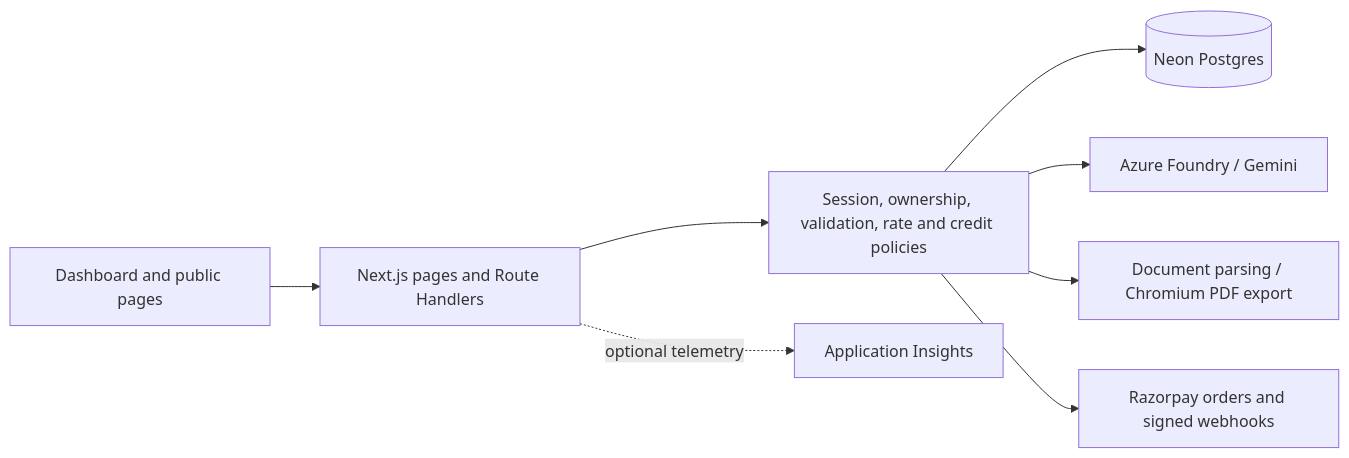
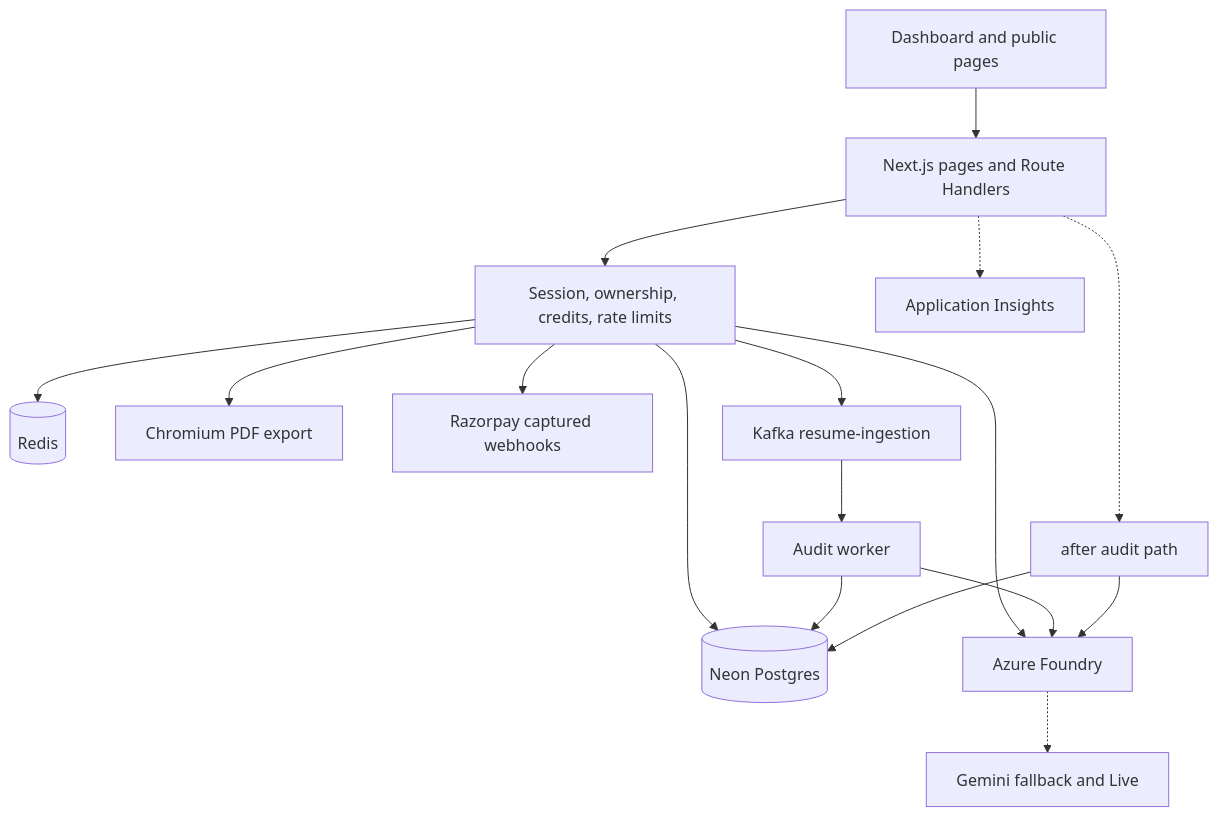
Before and after one commit to Bishu-21/zebra-ai: the diagram in README.md, drawn with Mermaid. The commit also changed other lines of this file, not shown here.

Commit message:
docs: show Kafka and Redis in the architecture diagram and add review topics (#38)

````diff
--- a/README.md
+++ b/README.md
@@ -50,10 +52,19 @@
 ```mermaid
-flowchart LR
+flowchart TB
     Browser[Dashboard and public pages] --> App[Next.js pages and Route Handlers]
-    App --> Policy[Session, ownership, validation, rate and credit policies]
-    Policy --> DB[(Neon Postgres)]
-    Policy --> AI[Azure Foundry / Gemini]
-    Policy --> PDF[Document parsing / Chromium PDF export]
-    Policy --> Billing[Razorpay orders and signed webhooks]
-    App -. optional telemetry .-> Insights[Application Insights]
+    App --> Policy[Session, ownership, credits, rate limits]
+    Policy --> Neon[(Neon Postgres)]
+    Policy --> Redis[(Redis)]
+    Policy --> Azure[Azure Foundry]
+    Policy --> PDF[Chromium PDF export]
+    Policy --> Pay[Razorpay captured webhooks]
+    Policy --> Kafka[Kafka resume-ingestion]
+    Kafka --> Worker[Audit worker]
+    Worker --> Azure
+    Worker --> Neon
+    Azure -.-> Gemini[Gemini fallback and Live]
+    App -.-> Insights[Application Insights]
+    App -.-> After[after audit path]
+    After --> Azure
+    After --> Neon
 ```
````
